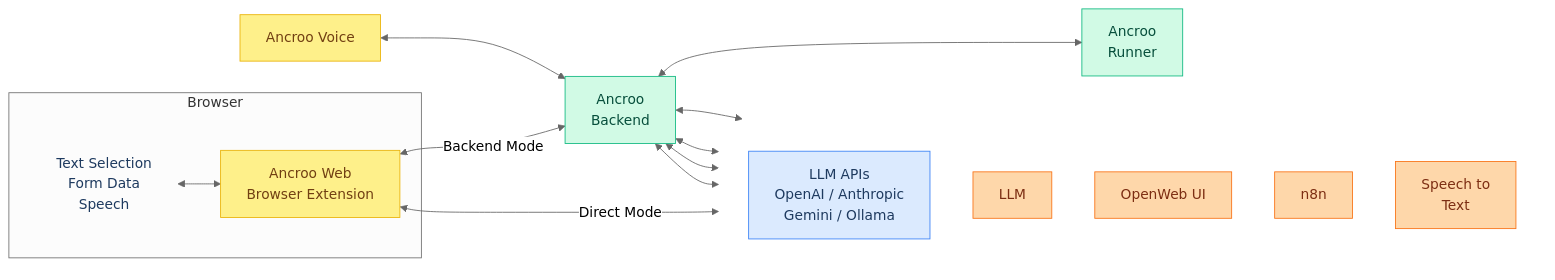
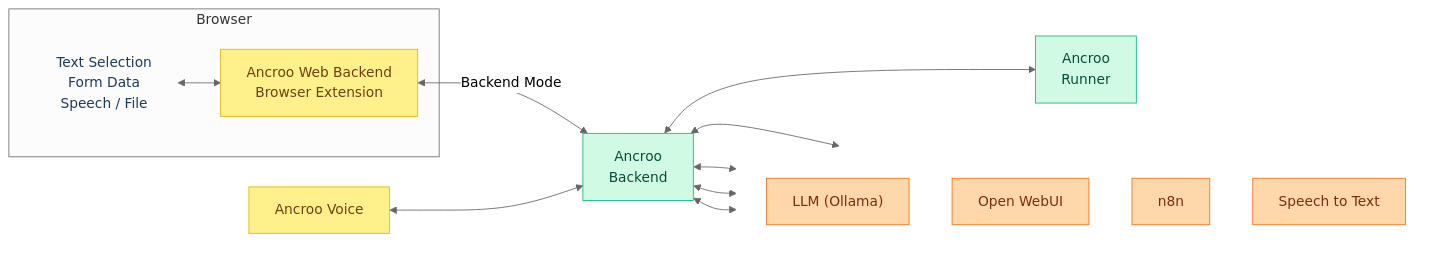
Before and after one commit to ancroo/ancroo: the second of 2 diagrams in README.md, drawn with Mermaid. The commit also changed other lines of this file and 2 other files, not shown here.

First line of the commit message:
docs: restructure README to lead with Ancroo Web, update ecosystem overview

````diff
--- a/README.md
+++ b/README.md
@@ -24,43 +55,40 @@
 ```mermaid
 %%{init: {'theme': 'neutral'}}%%
 graph LR
     subgraph Browser["Browser"]
-        input["Text Selection<br/>Form Data<br/>Speech"]
-        extension["Ancroo Web<br/>Browser Extension"]
+        input["Text Selection<br/>Form Data<br/>Speech / File"]
+        extension["Ancroo Web Backend<br/>Browser Extension"]
     end
 
     voice["Ancroo Voice"]
     backend["Ancroo<br/>Backend"]
     runner["Ancroo<br/>Runner"]
 
     subgraph Services[" "]
         direction TB
-        llmapi["LLM APIs<br/>OpenAI / Anthropic<br/>Gemini / Ollama"]
-        llm["LLM"]
-        owui["OpenWeb UI"]
+        llm["LLM (Ollama)"]
+        owui["Open WebUI"]
         n8n["n8n"]
-        stt["Speech to<br/>Text"]
+        stt["Speech to Text"]
     end
 
     input <--> extension
-    extension <-- "Direct Mode" --> llmapi
     extension <-- "Backend Mode" --> backend
     voice <--> backend
     backend <--> llm
     backend <--> owui
     backend <--> n8n
     backend <--> stt
     backend <--> runner
 
     style Services fill:transparent,stroke:transparent
     style input fill:transparent,stroke:transparent,color:#1e3a5f
     style extension fill:#fef08a,stroke:#eab308,color:#713f12
-    style llmapi fill:#dbeafe,stroke:#3b82f6,color:#1e3a5f
     style voice fill:#fef08a,stroke:#eab308,color:#713f12
     style backend fill:#d1fae5,stroke:#10b981,color:#064e3b
     style runner fill:#d1fae5,stroke:#10b981,color:#064e3b
     style llm fill:#fed7aa,stroke:#f97316,color:#7c2d12
     style owui fill:#fed7aa,stroke:#f97316,color:#7c2d12
     style n8n fill:#fed7aa,stroke:#f97316,color:#7c2d12
     style stt fill:#fed7aa,stroke:#f97316,color:#7c2d12
 ```
````
